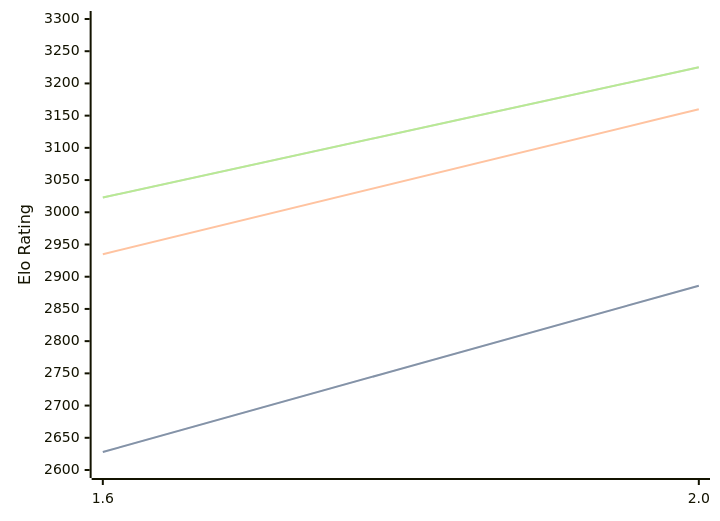
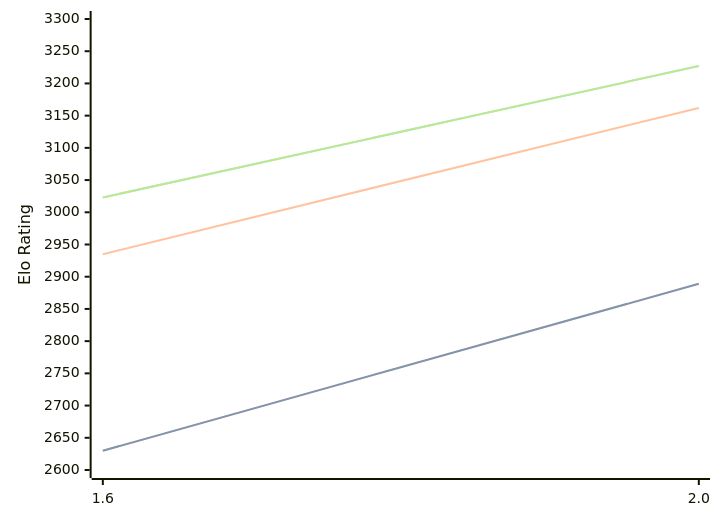
One commit to computer-chess-index/cci changed the diagram in engines/Onyx.md. Above: the diagram before and after it, drawn with Mermaid. The commit also changed other lines of this file, not shown here.

Commit message:
Update CCI Ratings (ELO VLTC) - 2026-09-13

````diff
--- a/engines/Onyx.md
+++ b/engines/Onyx.md
@@ -32,11 +32,11 @@
 ```mermaid
 %%{init: {"theme":"base","themeVariables":{"seriesColors:['#a3a3a3','#222221','#faa371']}}}%%
 xychart-beta
   x-axis ["1.6", "2.0"]
   y-axis "Elo Rating" 2600 --> 3300
-  line "" [2628, 2886]
-  line "STC (8.0+0.08s)" [2628, 2886]
-  line "LTC (60.0+0.60s)" [2935, 3160]
-  line "" [3023, 3225]
-  line "VLTC (2m24s+1.12s)" [3023, 3225]
+  line "" [2630, 2889]
+  line "STC (8.0+0.08s)" [2630, 2889]
+  line "LTC (60.0+0.60s)" [2935, 3162]
+  line "" [3023, 3227]
+  line "VLTC (2m24s+1.12s)" [3023, 3227]
 ```
````
